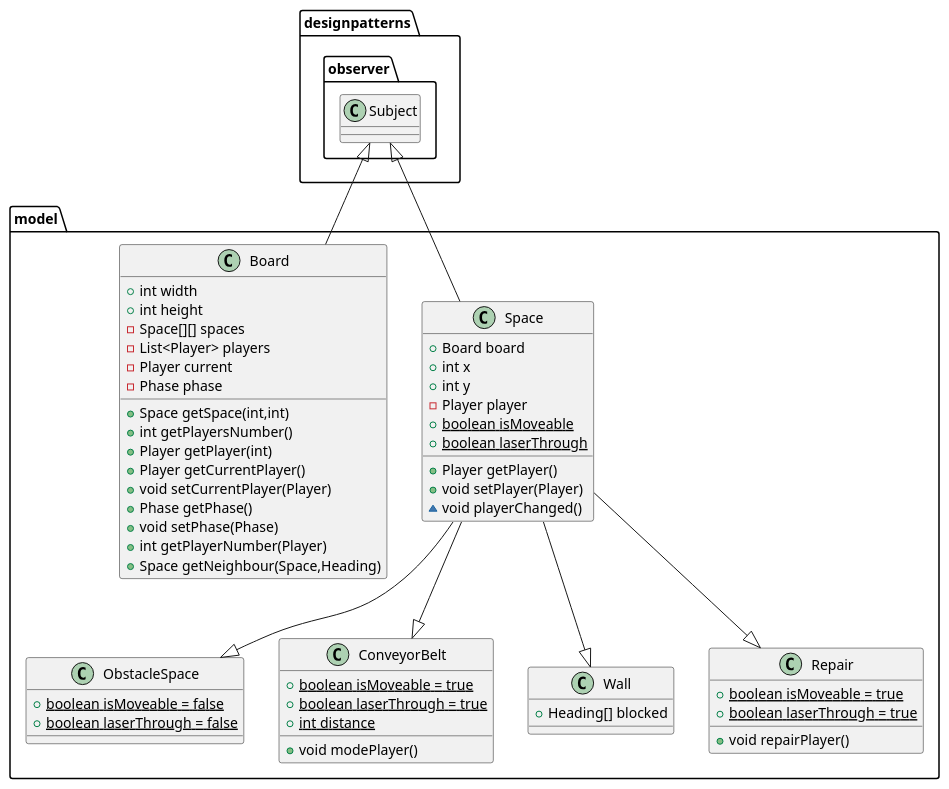
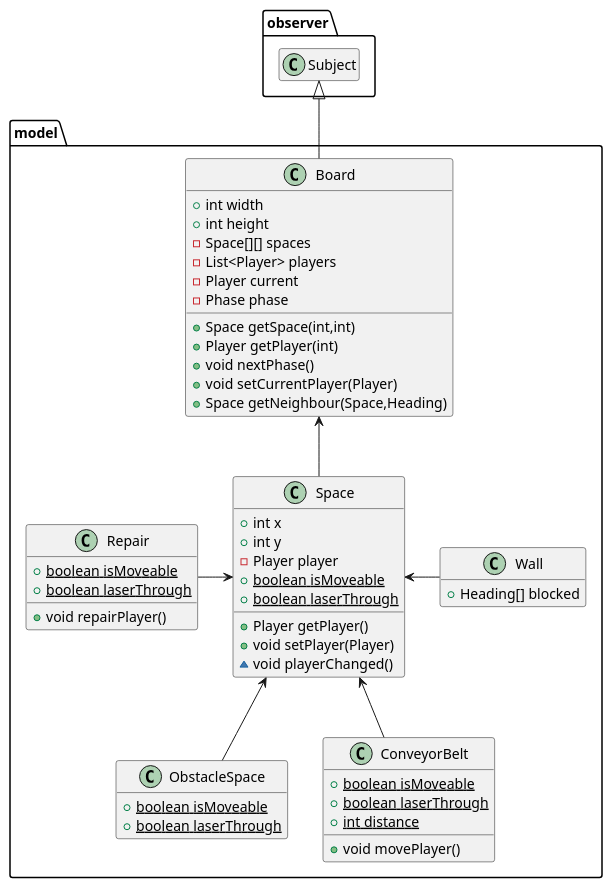
One commit to xdTobs/_18_roborally changed the diagram in documentation/class-diagrams/board.puml. Above: the diagram before and after it, drawn with PlantUML. The commit also changed 3 other files, not shown here.

```diff
--- a/documentation/class-diagrams/board.puml
+++ b/documentation/class-diagrams/board.puml
@@ -1,56 +1,58 @@
 @startuml
+hide empty members
 
-class model.Space {
-+ Board board
-+ int x
-+ int y
-- Player player
-+ {static} boolean isMoveable
-+ {static} boolean laserThrough
-+ Player getPlayer()
-+ void setPlayer(Player)
-~ void playerChanged()
+package model {
+
+	class Space {
+	+ int x
+	+ int y
+	- Player player
+	+ {static} boolean isMoveable
+	+ {static} boolean laserThrough
+	+ Player getPlayer()
+	+ void setPlayer(Player)
+	~ void playerChanged()
+	}
+	class Board {
+	+ int width
+	+ int height
+	- Space[][] spaces
+	- List<Player> players
+	- Player current
+	- Phase phase
+	+ Space getSpace(int,int)
+	+ Player getPlayer(int)
+	+ void nextPhase()
+	+ void setCurrentPlayer(Player)
+	+ Space getNeighbour(Space,Heading)
+	}
+	class ObstacleSpace{
+	+ {static} boolean isMoveable
+	+ {static} boolean laserThrough
+	}
+	class ConveyorBelt{
+	+ {static} boolean isMoveable
+	+ {static} boolean laserThrough
+	+ {static} int distance
+	+ void movePlayer()
+	}
+
+	class Wall{
+	+Heading[] blocked
+	}
+
+	class Repair{
+	+ {static} boolean isMoveable
+	+ {static} boolean laserThrough
+	+ void repairPlayer()
+	}
+
 }
-class model.Board {
-+ int width
-+ int height
-- Space[][] spaces
-- List<Player> players
-- Player current
-- Phase phase
-+ Space getSpace(int,int)
-+ int getPlayersNumber()
-+ Player getPlayer(int)
-+ Player getCurrentPlayer()
-+ void setCurrentPlayer(Player)
-+ Phase getPhase()
-+ void setPhase(Phase)
-+ int getPlayerNumber(Player)
-+ Space getNeighbour(Space,Heading)
-}
-class model.ObstacleSpace{
-+ {static} boolean isMoveable = false
-+ {static} boolean laserThrough = false
-}
-class model.ConveyorBelt{
-+ {static} boolean isMoveable = true
-+ {static} boolean laserThrough = true
-+ {static} int distance
-+ void modePlayer()
-}
-class model.Wall{
-+Heading[] blocked
-}
-class model.Repair{
-+ {static} boolean isMoveable = true
-+ {static} boolean laserThrough = true
-+ void repairPlayer()
-}
-model.Repair <|-up- model.Space
-model.Wall <|-up- model.Space
-model.ConveyorBelt <|-up- model.Space
-model.ObstacleSpace <|-up- model.Space
-designpatterns.observer.Subject <|-- model.Space
-designpatterns.observer.Subject <|-- model.Board
+Space <-left- Repair 
+Space <-right- Wall 
+Space <-- ConveyorBelt 
+Space <-- ObstacleSpace 
+Board <-- Space 
+observer.Subject <|-- Board
 
 @enduml
```
